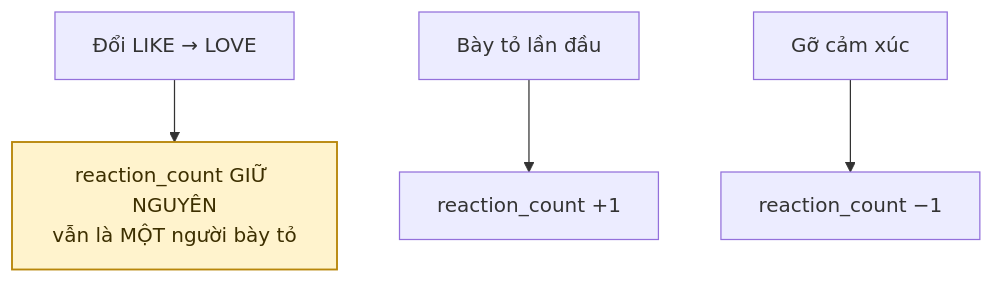
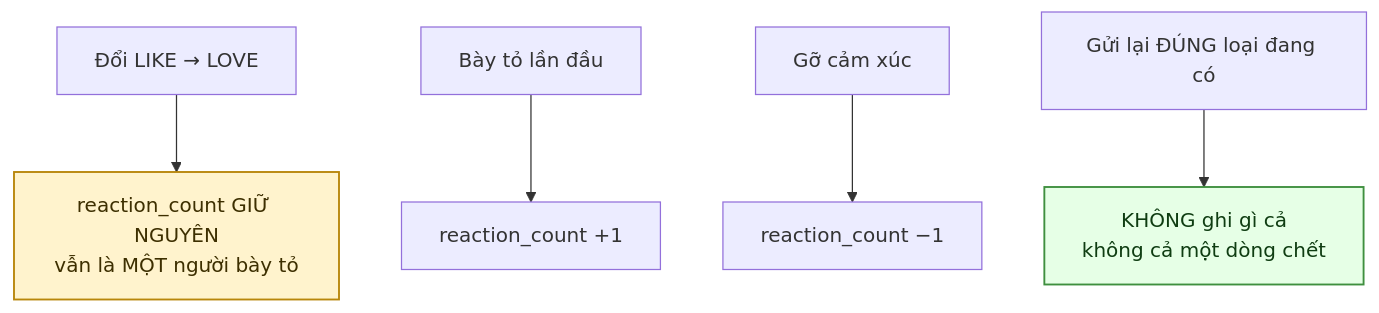
Before and after one commit to fdshn/trueheart: the second of 8 diagrams in docs/diagram/06-interaction.md, drawn with Mermaid. The commit also changed other lines of this file and 5 other files, not shown here.

````diff
--- a/docs/diagram/06-interaction.md
+++ b/docs/diagram/06-interaction.md
@@ -47,8 +47,10 @@
 ```mermaid
 flowchart TD
     A[Đổi LIKE → LOVE] --> B["reaction_count GIỮ NGUYÊN<br/>vẫn là MỘT người bày tỏ"]
     C[Bày tỏ lần đầu] --> D["reaction_count +1"]
     E[Gỡ cảm xúc] --> F["reaction_count −1"]
+    G[Gửi lại ĐÚNG loại đang có] --> H["KHÔNG ghi gì cả<br/>không cả một dòng chết"]
 
     style B fill:#fff3cd,stroke:#b8860b,stroke-width:1.5px,color:#3d2f00
+    style H fill:#e6ffe6,stroke:#3f8f3f,stroke-width:1.5px,color:#0f3d12
 ```
````
